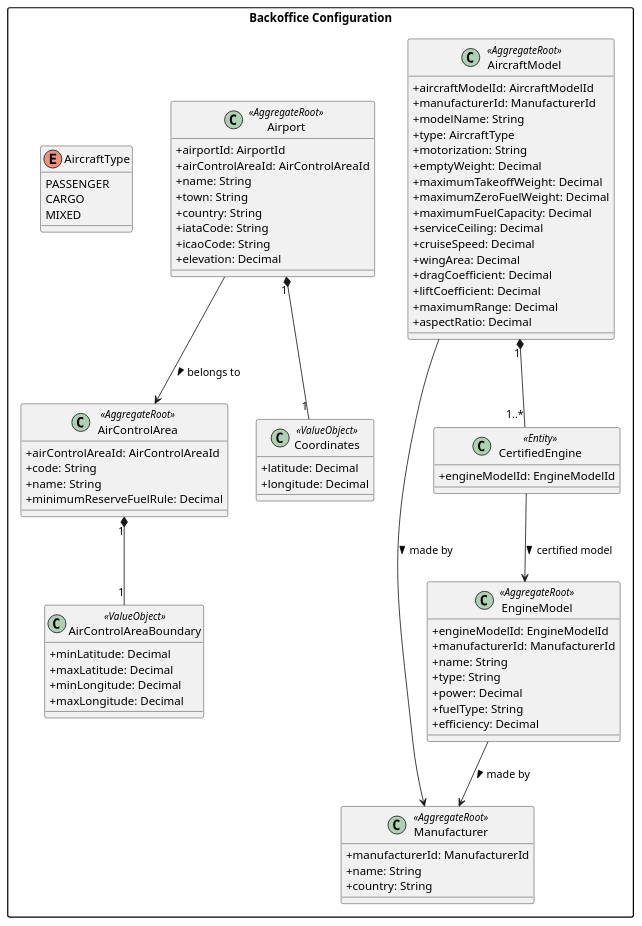
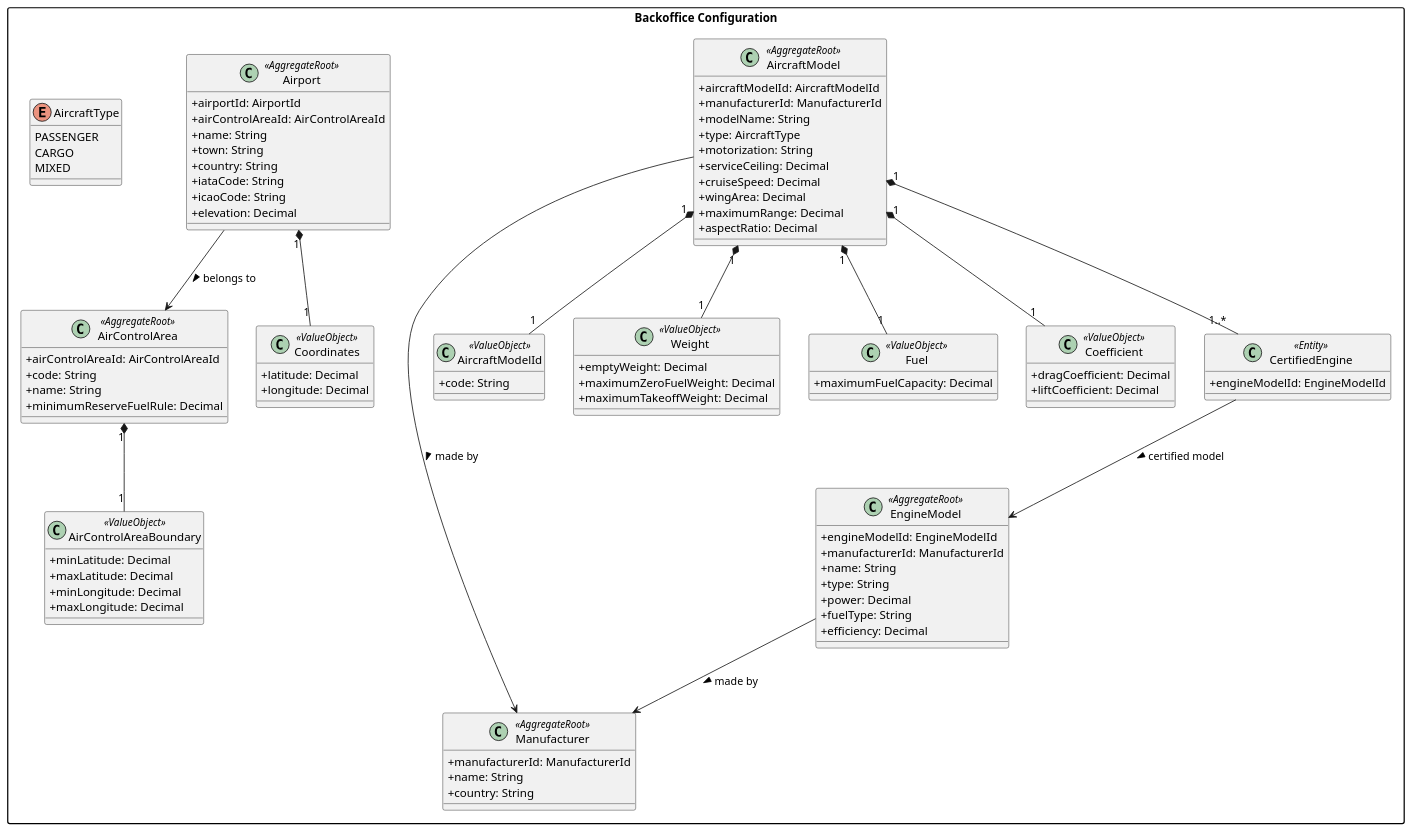
One commit to goncalolopesp/sem4pi2526-sem4pi2526_2di5 changed the diagram in docs/US_010/DM-backofficeConfiguration.puml. Above: the diagram before and after it, drawn with PlantUML. The commit also changed 33 other files, not shown here.

First line of the commit message:
Introduce AircraftModel value objects

```diff
--- a/docs/US_010/DM-backofficeConfiguration.puml
+++ b/docs/US_010/DM-backofficeConfiguration.puml
@@ -1,93 +1,111 @@
 @startuml
 skinparam classAttributeIconSize 0
 skinparam shadowing false
 skinparam packageStyle rectangle
 
 package "Backoffice Configuration" {
 
   class Manufacturer <<AggregateRoot>> {
     +manufacturerId: ManufacturerId
     +name: String
     +country: String
   }
 
   class EngineModel <<AggregateRoot>> {
     +engineModelId: EngineModelId
     +manufacturerId: ManufacturerId
     +name: String
     +type: String
     +power: Decimal
     +fuelType: String
     +efficiency: Decimal
   }
 
   class AircraftModel <<AggregateRoot>> {
     +aircraftModelId: AircraftModelId
     +manufacturerId: ManufacturerId
     +modelName: String
     +type: AircraftType
     +motorization: String
-    +emptyWeight: Decimal
-    +maximumTakeoffWeight: Decimal
-    +maximumZeroFuelWeight: Decimal
-    +maximumFuelCapacity: Decimal
     +serviceCeiling: Decimal
     +cruiseSpeed: Decimal
     +wingArea: Decimal
+    +maximumRange: Decimal
+    +aspectRatio: Decimal
+  }
+
+  class AircraftModelId <<ValueObject>> {
+    +code: String
+  }
+
+  class Weight <<ValueObject>> {
+    +emptyWeight: Decimal
+    +maximumZeroFuelWeight: Decimal
+    +maximumTakeoffWeight: Decimal
+  }
+
+  class Fuel <<ValueObject>> {
+    +maximumFuelCapacity: Decimal
+  }
+
+  class Coefficient <<ValueObject>> {
     +dragCoefficient: Decimal
     +liftCoefficient: Decimal
-    +maximumRange: Decimal
-    +aspectRatio: Decimal
   }
 
   class CertifiedEngine <<Entity>> {
     +engineModelId: EngineModelId
   }
 
   class AirControlArea <<AggregateRoot>> {
     +airControlAreaId: AirControlAreaId
     +code: String
     +name: String
     +minimumReserveFuelRule: Decimal
   }
 
   class AirControlAreaBoundary <<ValueObject>> {
     +minLatitude: Decimal
     +maxLatitude: Decimal
     +minLongitude: Decimal
     +maxLongitude: Decimal
   }
 
   class Airport <<AggregateRoot>> {
     +airportId: AirportId
     +airControlAreaId: AirControlAreaId
     +name: String
     +town: String
     +country: String
     +iataCode: String
     +icaoCode: String
     +elevation: Decimal
   }
 
   class Coordinates <<ValueObject>> {
     +latitude: Decimal
     +longitude: Decimal
   }
 
   enum AircraftType {
     PASSENGER
     CARGO
     MIXED
   }
 }
 
 AircraftModel "1" *-- "1..*" CertifiedEngine
+AircraftModel "1" *-- "1" Weight
+AircraftModel "1" *-- "1" Fuel
+AircraftModel "1" *-- "1" Coefficient
+AircraftModel "1" *-- "1" AircraftModelId
+
 AirControlArea "1" *-- "1" AirControlAreaBoundary
 Airport "1" *-- "1" Coordinates
 
 EngineModel --> Manufacturer : made by >
 AircraftModel --> Manufacturer : made by >
 CertifiedEngine --> EngineModel : certified model >
 Airport --> AirControlArea : belongs to >
 
 @enduml
```
